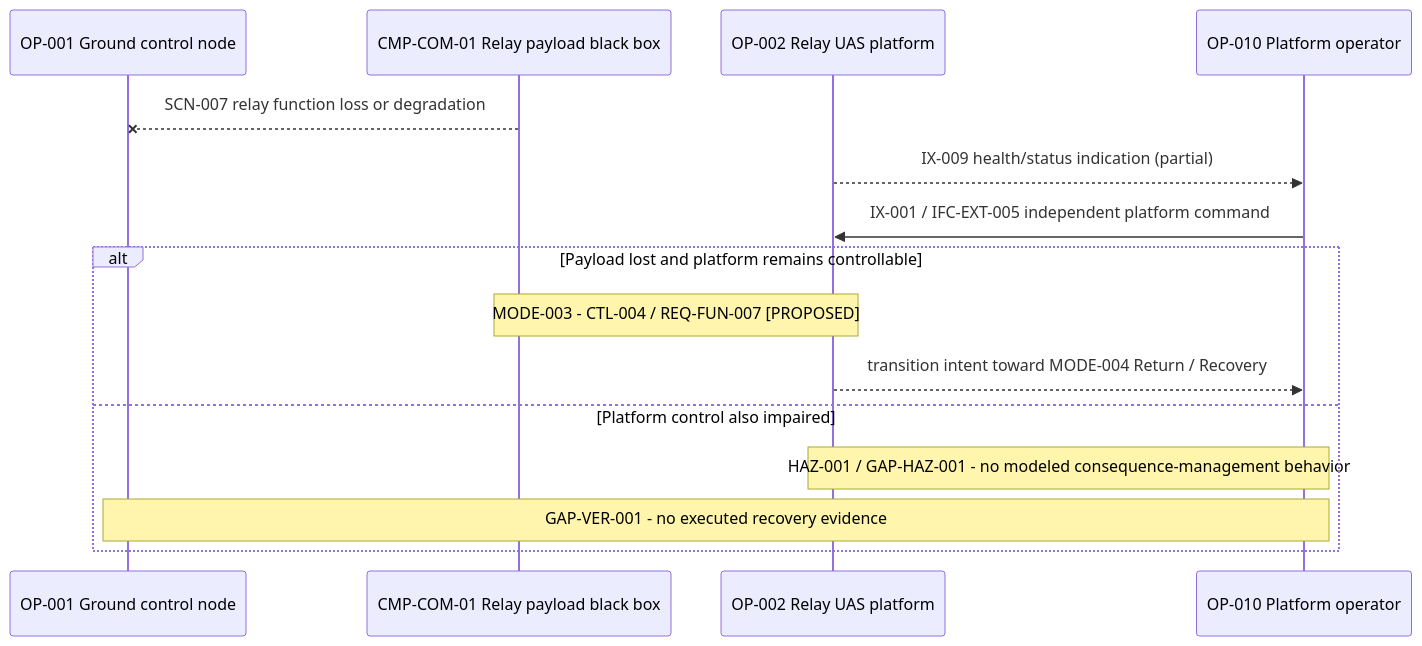
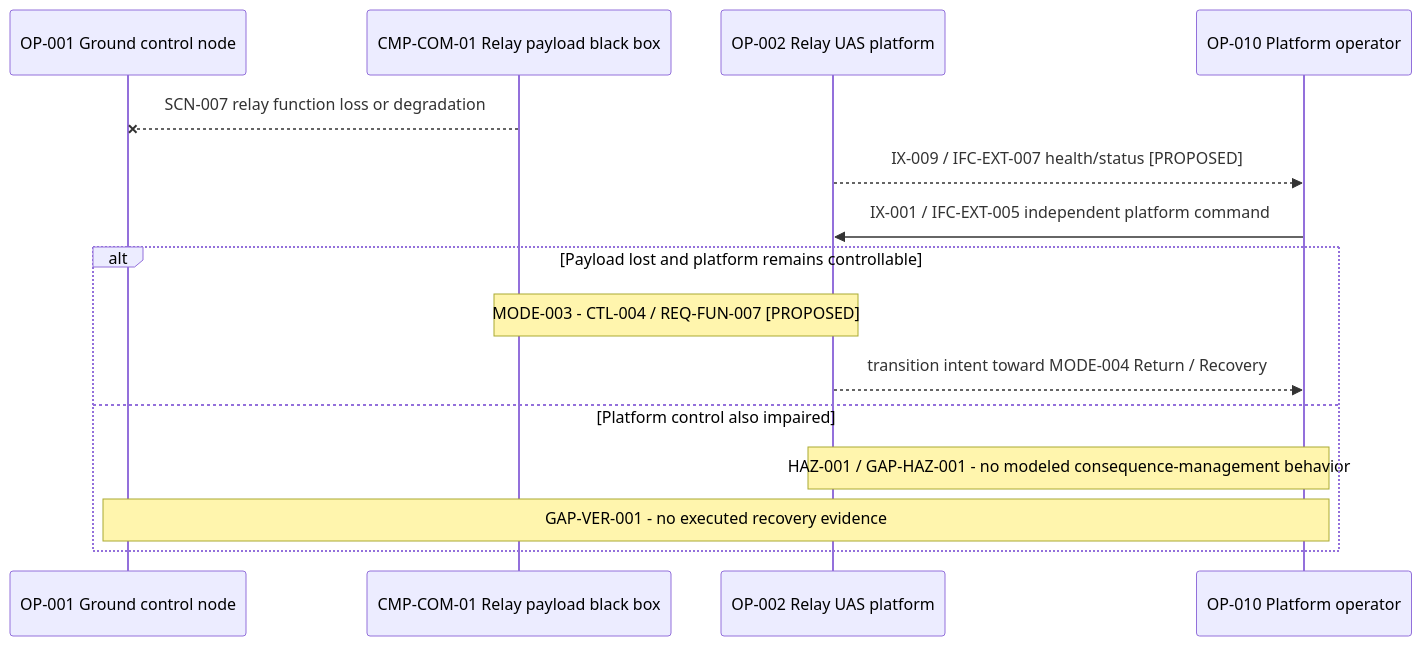
Before and after one commit to noahstephenson/low-cost-relay-uas: diagram 13 of 20 in reports/architecture-views.md, drawn with Mermaid. The commit also changed other lines of this file and 12 other files, not shown here.

Commit message:
Mature relay UAS candidate architecture

````diff
--- a/reports/architecture-views.md
+++ b/reports/architecture-views.md
@@ -299,18 +299,18 @@
 ```mermaid
 sequenceDiagram
     %% Configuration scope: CFG-REP / CFG-DOM
     participant Ground as OP-001 Ground control node
     participant Payload as CMP-COM-01 Relay payload black box
     participant Relay as OP-002 Relay UAS platform
     participant Operator as OP-010 Platform operator
     Payload--xGround: SCN-007 relay function loss or degradation
-    Relay-->>Operator: IX-009 health/status indication (partial)
+    Relay-->>Operator: IX-009 / IFC-EXT-007 health/status [PROPOSED]
     Operator->>Relay: IX-001 / IFC-EXT-005 independent platform command
     alt Payload lost and platform remains controllable
         Note over Payload,Relay: MODE-003 - CTL-004 / REQ-FUN-007 [PROPOSED]
         Relay-->>Operator: transition intent toward MODE-004 Return / Recovery
     else Platform control also impaired
         Note over Relay,Operator: HAZ-001 / GAP-HAZ-001 - no modeled consequence-management behavior
         Note over Ground,Operator: GAP-VER-001 - no executed recovery evidence
     end
 ```
````
